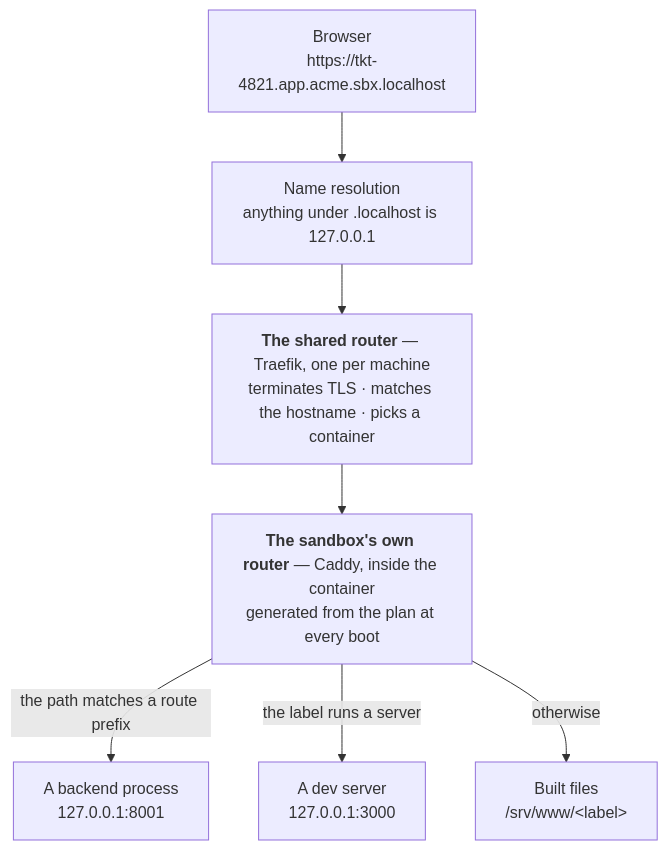
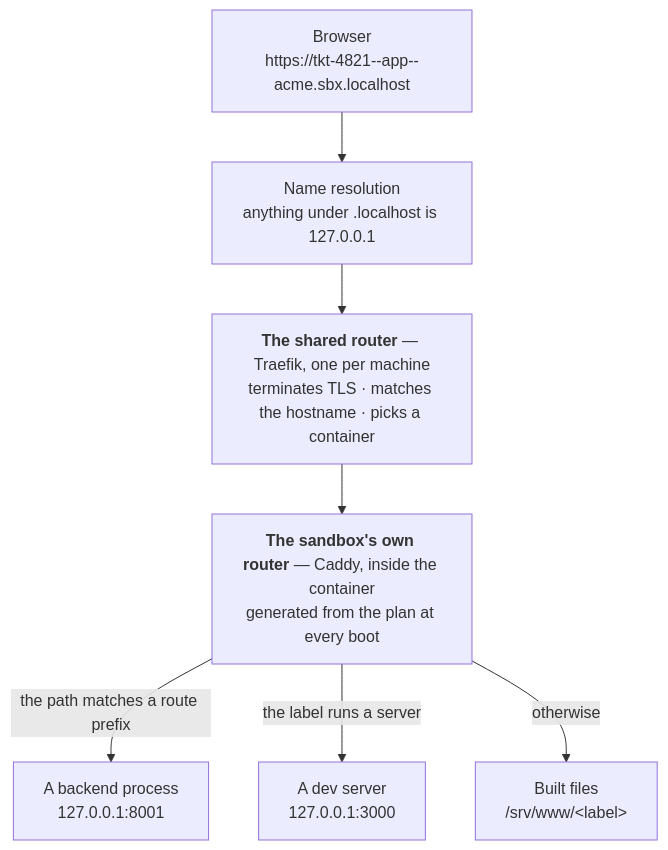
One commit to mattmoran56/sandboxer-core changed the diagram in docs/architecture/request-path.md. Above: the diagram before and after it, drawn with Mermaid. The commit also changed other lines of this file and 43 other files, not shown here.

````diff
--- a/docs/architecture/request-path.md
+++ b/docs/architecture/request-path.md
@@ -19,14 +19,14 @@
 ```mermaid
 flowchart TB
-  b["Browser<br/>https://tkt-4821.app.acme.sbx.localhost"]
+  b["Browser<br/>https://tkt-4821--app--acme.sbx.localhost"]
   dns["Name resolution<br/>anything under .localhost is 127.0.0.1"]
   r["<b>The shared router</b> — Traefik, one per machine<br/>terminates TLS · matches the hostname · picks a container"]
   ir["<b>The sandbox's own router</b> — Caddy, inside the container<br/>generated from the plan at every boot"]
   st["Built files<br/>/srv/www/&lt;label&gt;"]
   be["A backend process<br/>127.0.0.1:8001"]
   sv["A dev server<br/>127.0.0.1:3000"]
   b --> dns --> r --> ir
   ir -->|"the path matches a route prefix"| be
   ir -->|"the label runs a server"| sv
   ir -->|"otherwise"| st
 ```
````
